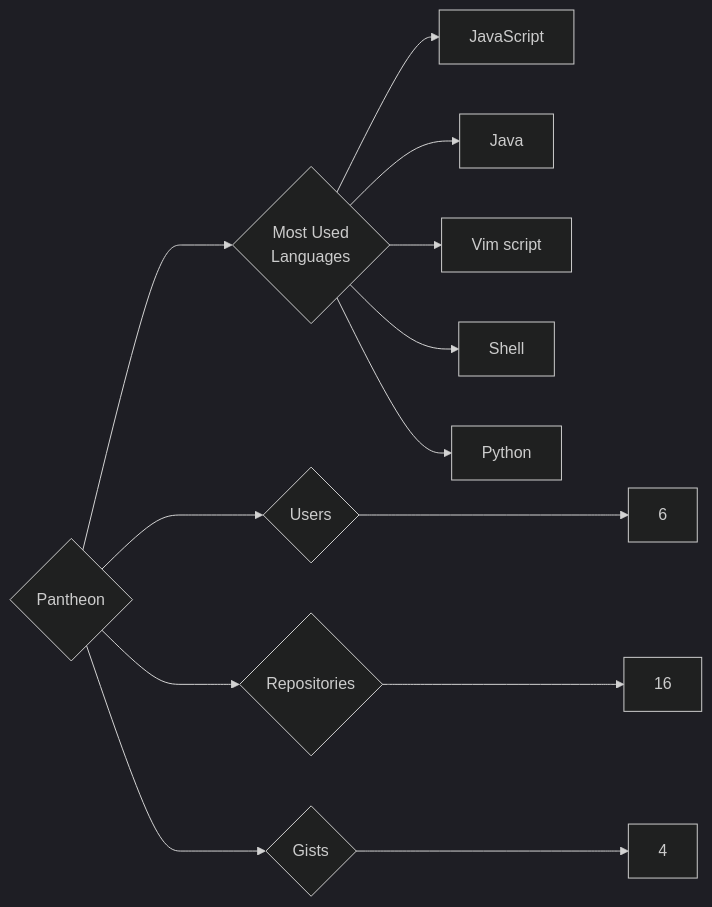
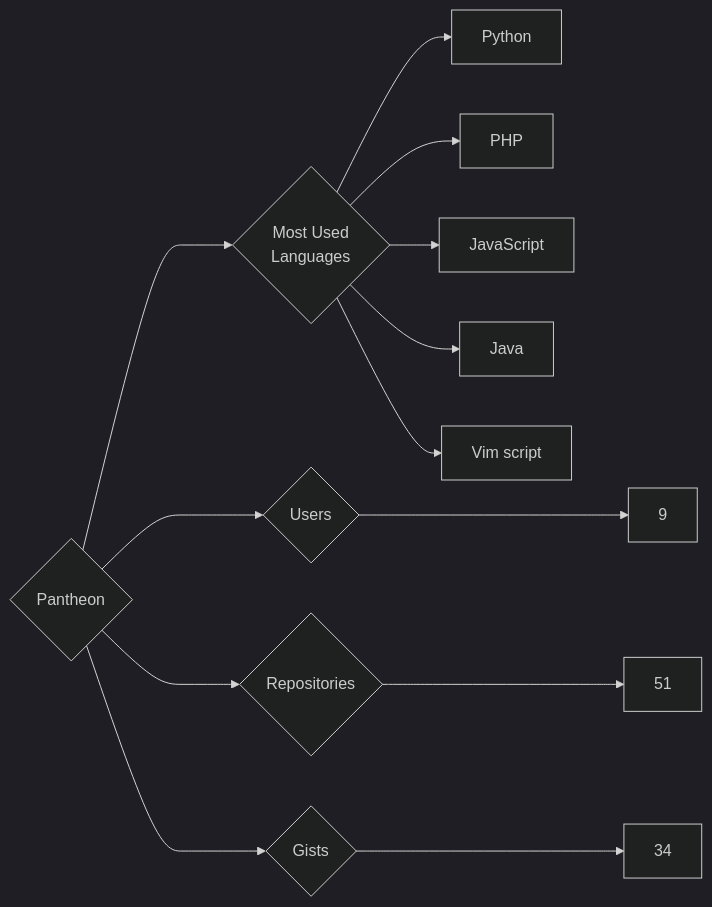
Before and after one commit to trickest/insiders: the diagram in targets/Pantheon/README.md, drawn with Mermaid (dark theme). The commit also changed 964 other files, not shown here.

````diff
--- a/targets/Pantheon/README.md
+++ b/targets/Pantheon/README.md
@@ -3,13 +3,13 @@
 ```mermaid
 graph LR
 COMPANY_NAME{Pantheon}
-COMPANY_NAME ---> U{Users} ---> UN[6]
-COMPANY_NAME ---> R{Repositories} ---> RN[16]
-COMPANY_NAME ---> G{Gists} ---> GN[4]
+COMPANY_NAME ---> U{Users} ---> UN[9]
+COMPANY_NAME ---> R{Repositories} ---> RN[51]
+COMPANY_NAME ---> G{Gists} ---> GN[34]
 COMPANY_NAME ---> ML{Most Used<br>Languages}
+ML --> Python[Python]
+ML --> PHP[PHP]
 ML --> JavaScript[JavaScript]
 ML --> Java[Java]
 ML --> Vim_script[Vim script]
-ML --> Shell[Shell]
-ML --> Python[Python]
 ```
````
